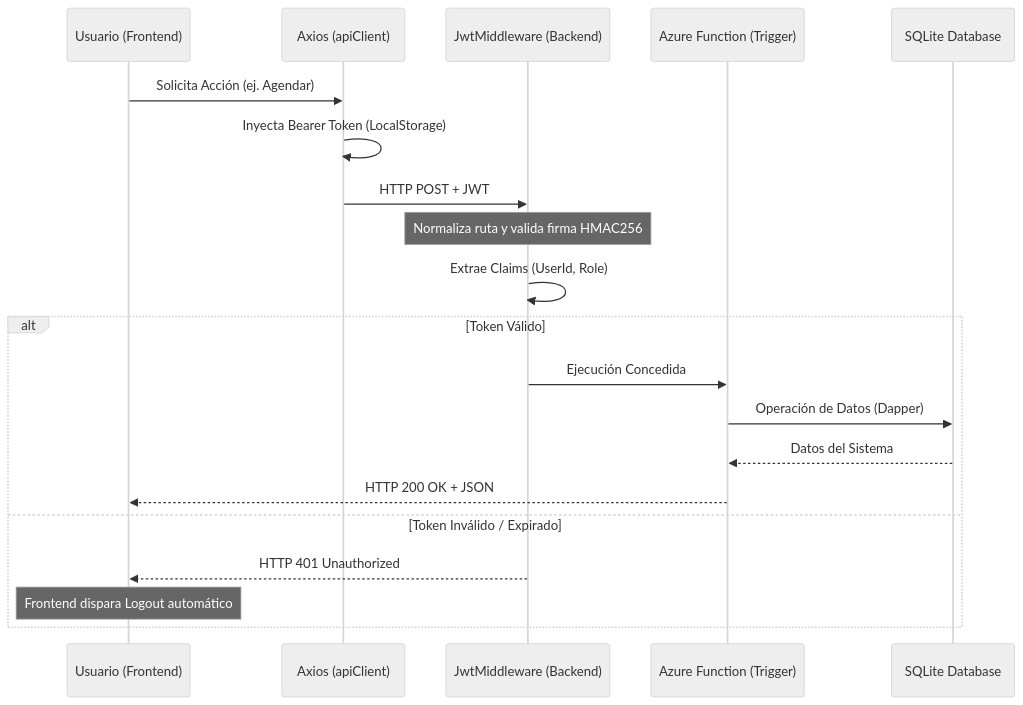
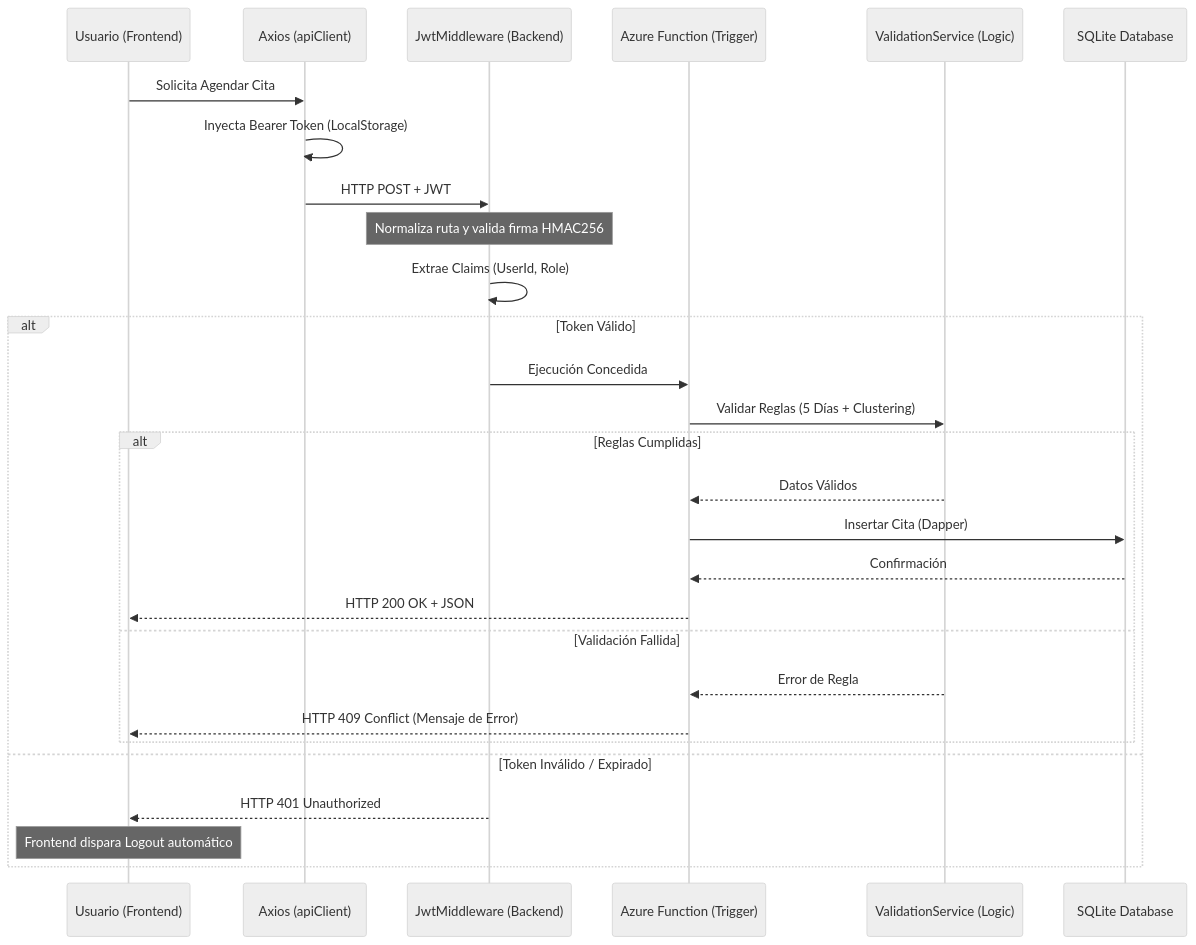
The first of 3 diagrams in README.md (Mylisuthy/Challenge_celsia), drawn with Mermaid (neutral theme) before and after one commit. The commit also changed other lines of this file, not shown here.

Commit message:
docs: refine architecture diagrams to match implementation

````diff
--- a/README.md
+++ b/README.md
@@ -30,23 +30,34 @@
 ```mermaid
 sequenceDiagram
     participant User as Usuario (Frontend)
     participant Client as Axios (apiClient)
     participant Pipe as JwtMiddleware (Backend)
     participant Function as Azure Function (Trigger)
+    participant Service as ValidationService (Logic)
     participant DB as SQLite Database
 
-    User->>Client: Solicita Acción (ej. Agendar)
+    User->>Client: Solicita Agendar Cita
     Client->>Client: Inyecta Bearer Token (LocalStorage)
     Client->>Pipe: HTTP POST + JWT
     Note over Pipe: Normaliza ruta y valida firma HMAC256
     Pipe->>Pipe: Extrae Claims (UserId, Role)
+    
     alt Token Válido
         Pipe->>Function: Ejecución Concedida
-        Function->>DB: Operación de Datos (Dapper)
-        DB-->>Function: Datos del Sistema
-        Function-->>User: HTTP 200 OK + JSON
+        Function->>Service: Validar Reglas (5 Días + Clustering)
+        
+        alt Reglas Cumplidas
+            Service-->>Function: Datos Válidos
+            Function->>DB: Insertar Cita (Dapper)
+            DB-->>Function: Confirmación
+            Function-->>User: HTTP 200 OK + JSON
+        else Validación Fallida
+            Service-->>Function: Error de Regla
+            Function-->>User: HTTP 409 Conflict (Mensaje de Error)
+        end
+        
     else Token Inválido / Expirado
         Pipe-->>User: HTTP 401 Unauthorized
         Note over User: Frontend dispara Logout automático
     end
 ```
````
